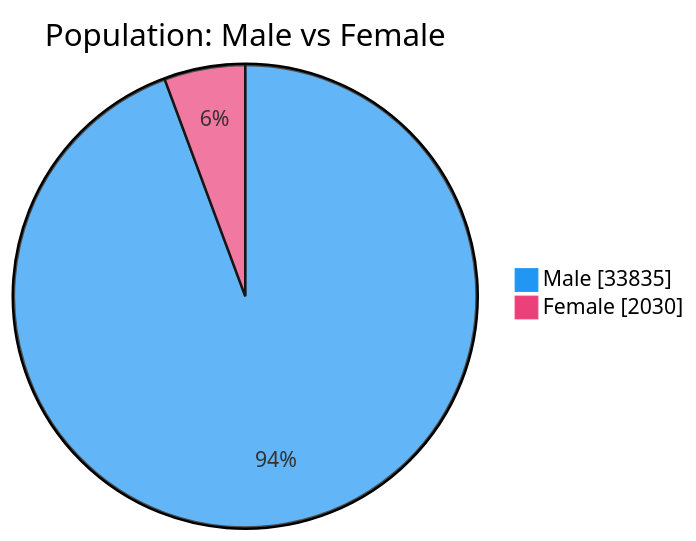
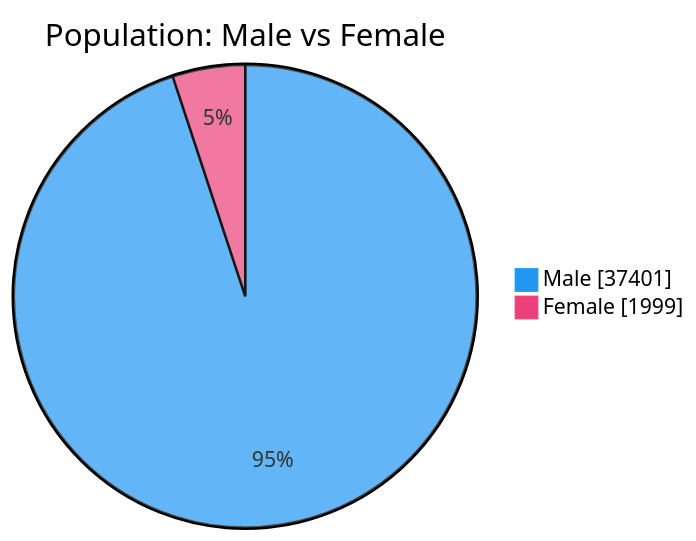
Before and after one commit to nuuuwan/lk_prisons: the second of 7 diagrams in README.md, drawn with Mermaid. The commit also changed other lines of this file and 1 other file, not shown here.

````diff
--- a/README.md
+++ b/README.md
@@ -54,6 +54,6 @@
 ```mermaid
 %%{init: {'themeVariables': {'pie1': '#2196F3', 'pie2': '#EC407A'}}}%%
 pie showData title Population: Male vs Female
-    "Male" : 33835
-    "Female" : 2030
+    "Male" : 37401
+    "Female" : 1999
 ```
````
